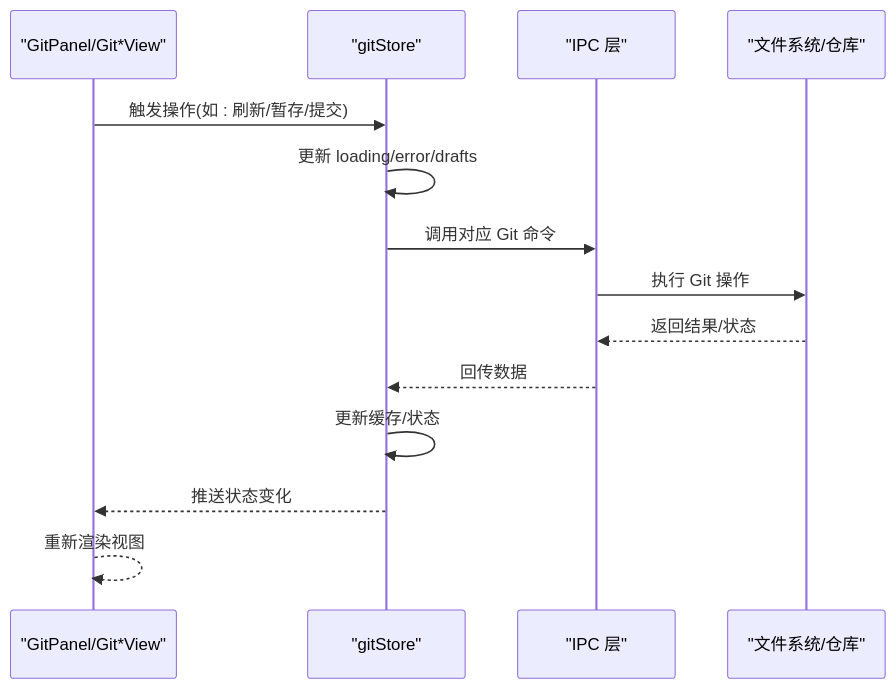
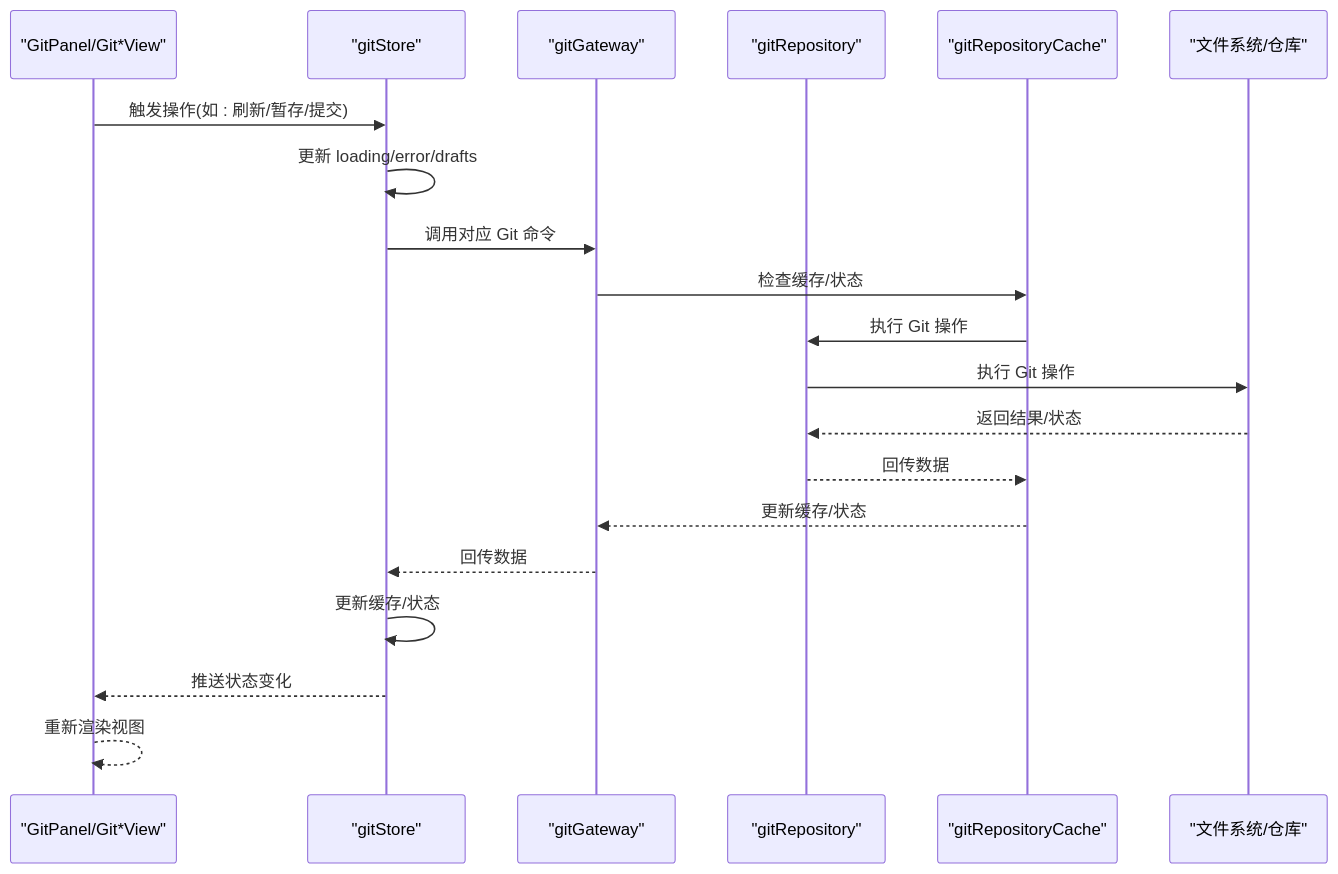
The second of 6 diagrams in .qoder/repowiki/zh/content/核心功能/Git 版本控制/Git 版本控制.md (yattin/panes), drawn with Mermaid before and after one commit. The commit also changed other lines of this file and 45 other files, not shown here.

````diff
--- a/.qoder/repowiki/zh/content/核心功能/Git 版本控制/Git 版本控制.md
+++ b/.qoder/repowiki/zh/content/核心功能/Git 版本控制/Git 版本控制.md
@@ -142,16 +153,22 @@
 ```mermaid
 sequenceDiagram
 participant UI as "GitPanel/Git*View"
 participant Store as "gitStore"
-participant IPC as "IPC 层"
+participant Gateway as "gitGateway"
+participant Repo as "gitRepository"
+participant Cache as "gitRepositoryCache"
 participant FS as "文件系统/仓库"
 UI->>Store : 触发操作(如 : 刷新/暂存/提交)
 Store->>Store : 更新 loading/error/drafts
-Store->>IPC : 调用对应 Git 命令
-IPC->>FS : 执行 Git 操作
-FS-->>IPC : 返回结果/状态
-IPC-->>Store : 回传数据
+Store->>Gateway : 调用对应 Git 命令
+Gateway->>Cache : 检查缓存/状态
+Cache->>Repo : 执行 Git 操作
+Repo->>FS : 执行 Git 操作
+FS-->>Repo : 返回结果/状态
+Repo-->>Cache : 回传数据
+Cache-->>Gateway : 更新缓存/状态
+Gateway-->>Store : 回传数据
 Store->>Store : 更新缓存/状态
 Store-->>UI : 推送状态变化
 UI-->>UI : 重新渲染视图
 ```
````
